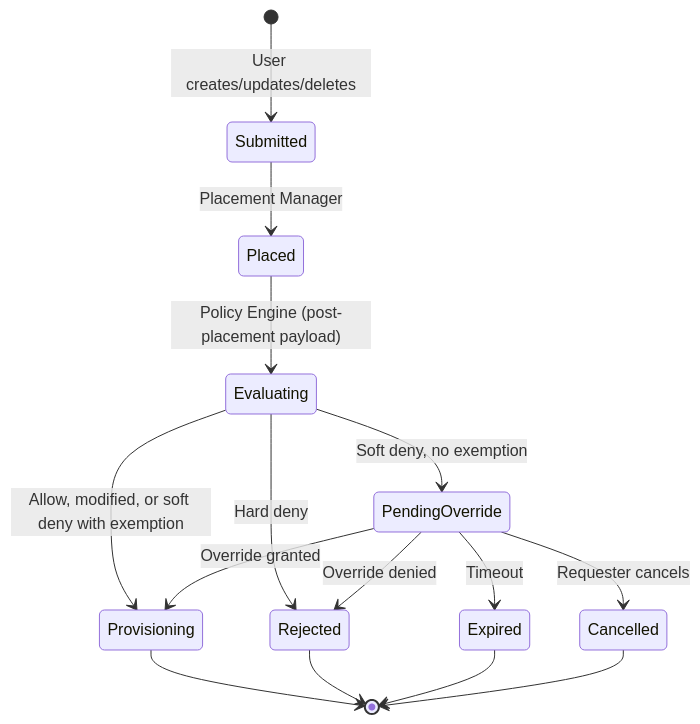
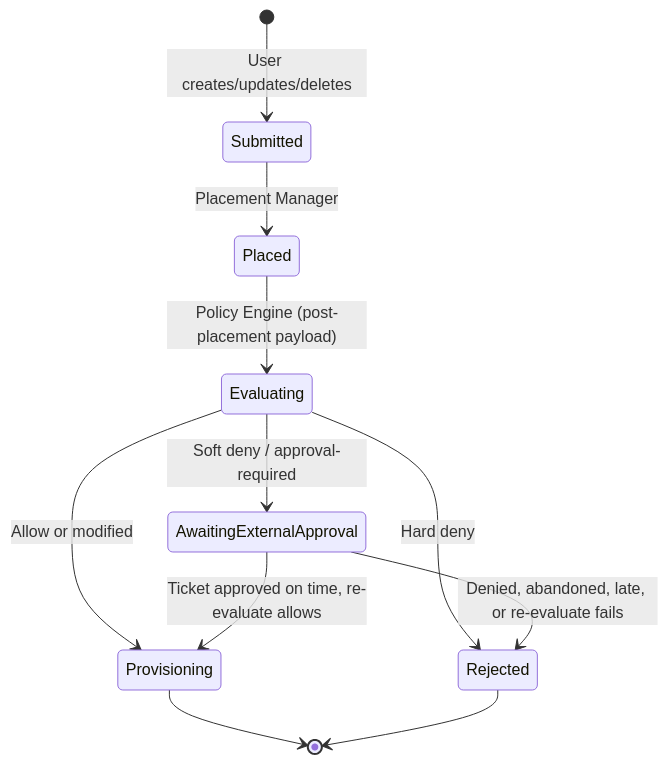
The second of 3 diagrams in enhancements/request-approval/request-approval.md (dcm-project/enhancements), drawn with Mermaid before and after one commit. The commit also changed other lines of this file and 2 other files, not shown here.

First line of the commit message:
Rewrite request-approval around Rego soft deny and tickets.

````diff
--- a/enhancements/request-approval/request-approval.md
+++ b/enhancements/request-approval/request-approval.md
@@ -409,17 +419,13 @@
 ```mermaid
 stateDiagram-v2
     [*] --> Submitted: User creates/updates/deletes
     Submitted --> Placed: Placement Manager
     Placed --> Evaluating: Policy Engine (post-placement payload)
-    Evaluating --> Provisioning: Allow, modified, or soft deny with exemption
+    Evaluating --> Provisioning: Allow or modified
     Evaluating --> Rejected: Hard deny
-    Evaluating --> PendingOverride: Soft deny, no exemption
-    PendingOverride --> Provisioning: Override granted
-    PendingOverride --> Rejected: Override denied
-    PendingOverride --> Expired: Timeout
-    PendingOverride --> Cancelled: Requester cancels
+    Evaluating --> AwaitingExternalApproval: Soft deny / approval-required
+    AwaitingExternalApproval --> Provisioning: Ticket approved on time, re-evaluate allows
+    AwaitingExternalApproval --> Rejected: Denied, abandoned, late, or re-evaluate fails
     Provisioning --> [*]
     Rejected --> [*]
-    Expired --> [*]
-    Cancelled --> [*]
 ```
````
